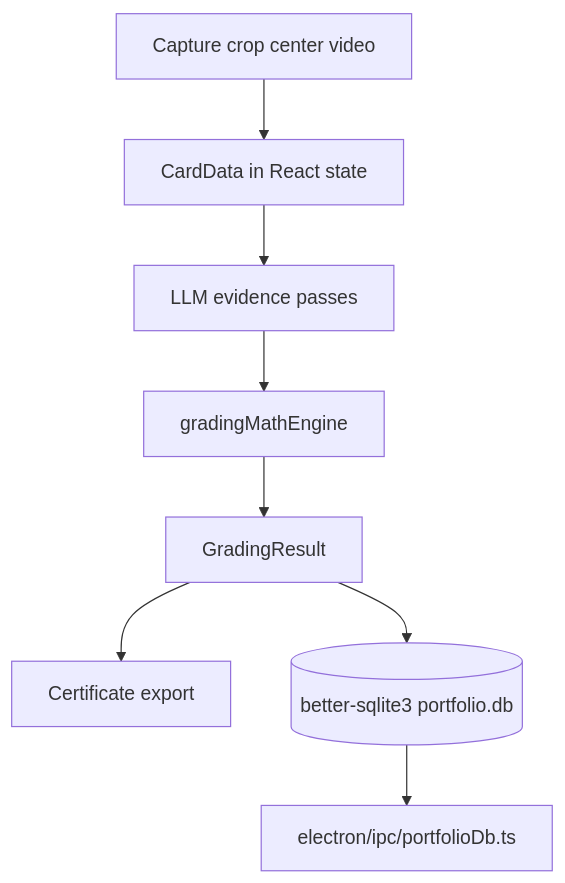
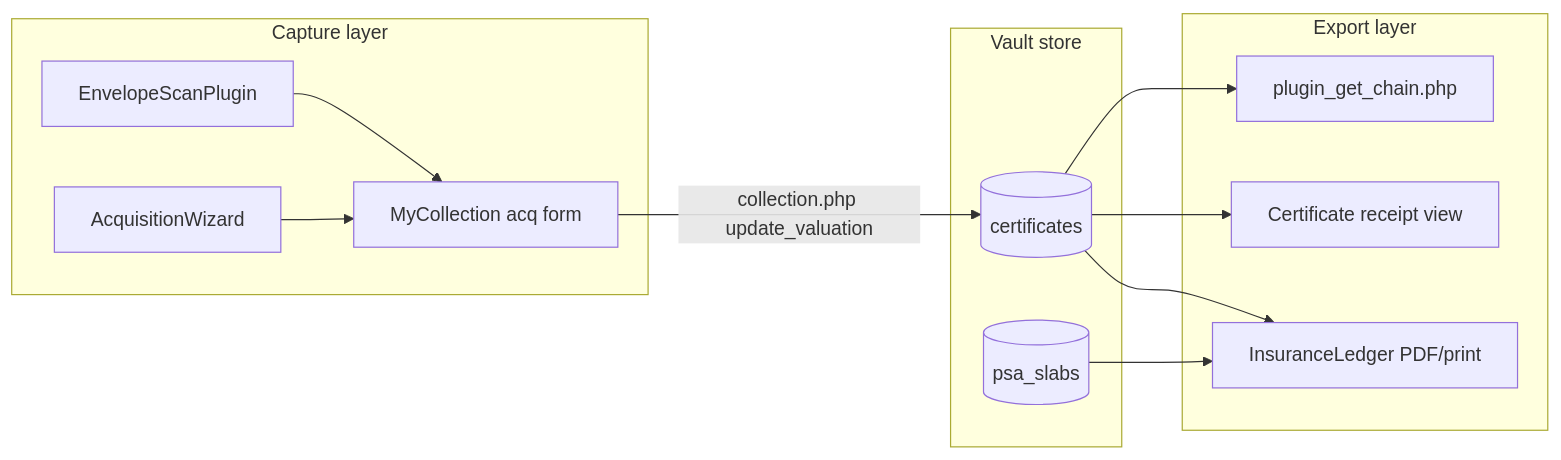
One commit to GatoGodMode/RawGraded changed the third of 4 diagrams in README.md. Above: the diagram before and after it, drawn with Mermaid. The commit also changed other lines of this file and 14 other files, not shown here.

````diff
--- a/README.md
+++ b/README.md
@@ -93,10 +199,24 @@
 ```mermaid
-flowchart TB
-  Capture[Capture crop center video] --> CardData[CardData in React state]
-  CardData --> AI[LLM evidence passes]
-  AI --> Math[gradingMathEngine]
-  Math --> Result[GradingResult]
-  Result --> Cert[Certificate export]
-  Result --> SQLite[(better-sqlite3 portfolio.db)]
-  SQLite --> IPC[electron/ipc/portfolioDb.ts]
+flowchart LR
+  subgraph capture [Capture layer]
+    EnvelopeScan[EnvelopeScanPlugin]
+    AcqWizard[AcquisitionWizard]
+    ManualForm[MyCollection acq form]
+  end
+  subgraph store [Vault store]
+    Certs[(certificates)]
+    Slabs[(psa_slabs)]
+  end
+  subgraph export [Export layer]
+    Receipt[Certificate receipt view]
+    Ledger[InsuranceLedger PDF/print]
+    ChainAPI[plugin_get_chain.php]
+  end
+  EnvelopeScan --> ManualForm
+  AcqWizard --> ManualForm
+  ManualForm -->|collection.php update_valuation| Certs
+  Certs --> Ledger
+  Certs --> Receipt
+  Certs --> ChainAPI
+  Slabs --> Ledger
 ```
````
